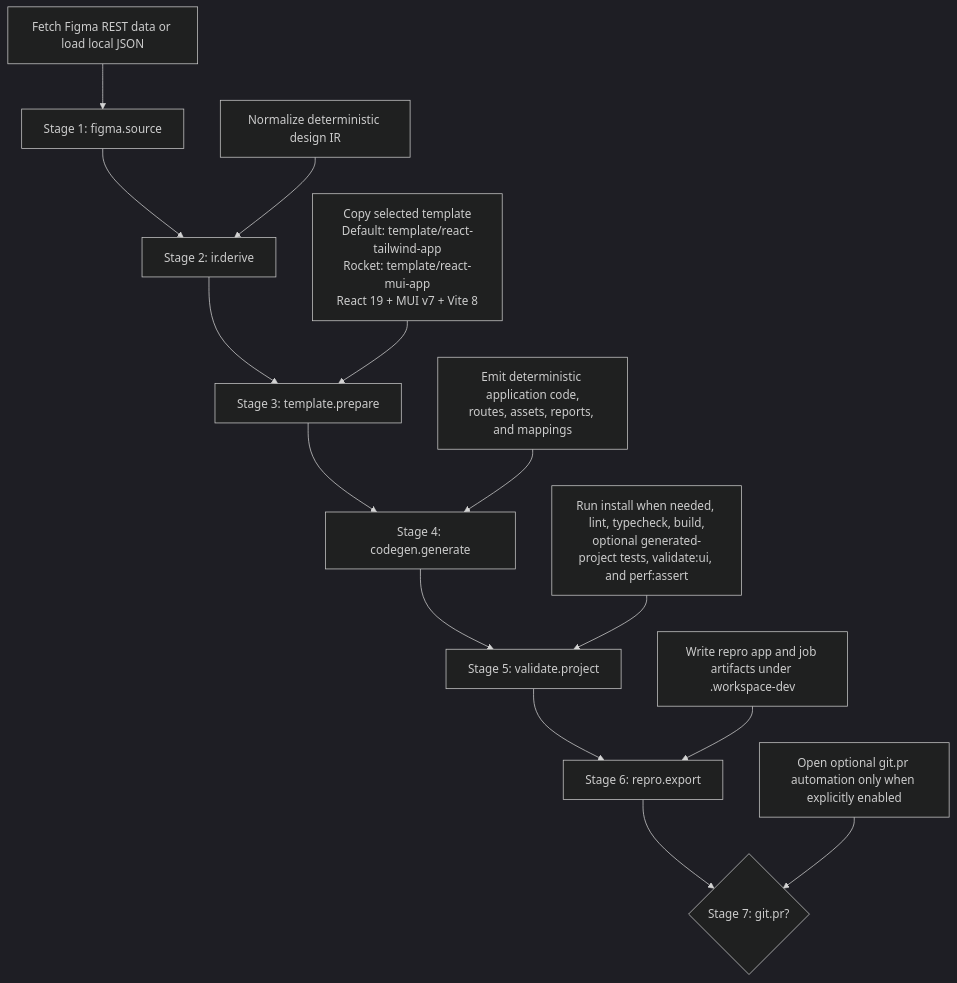
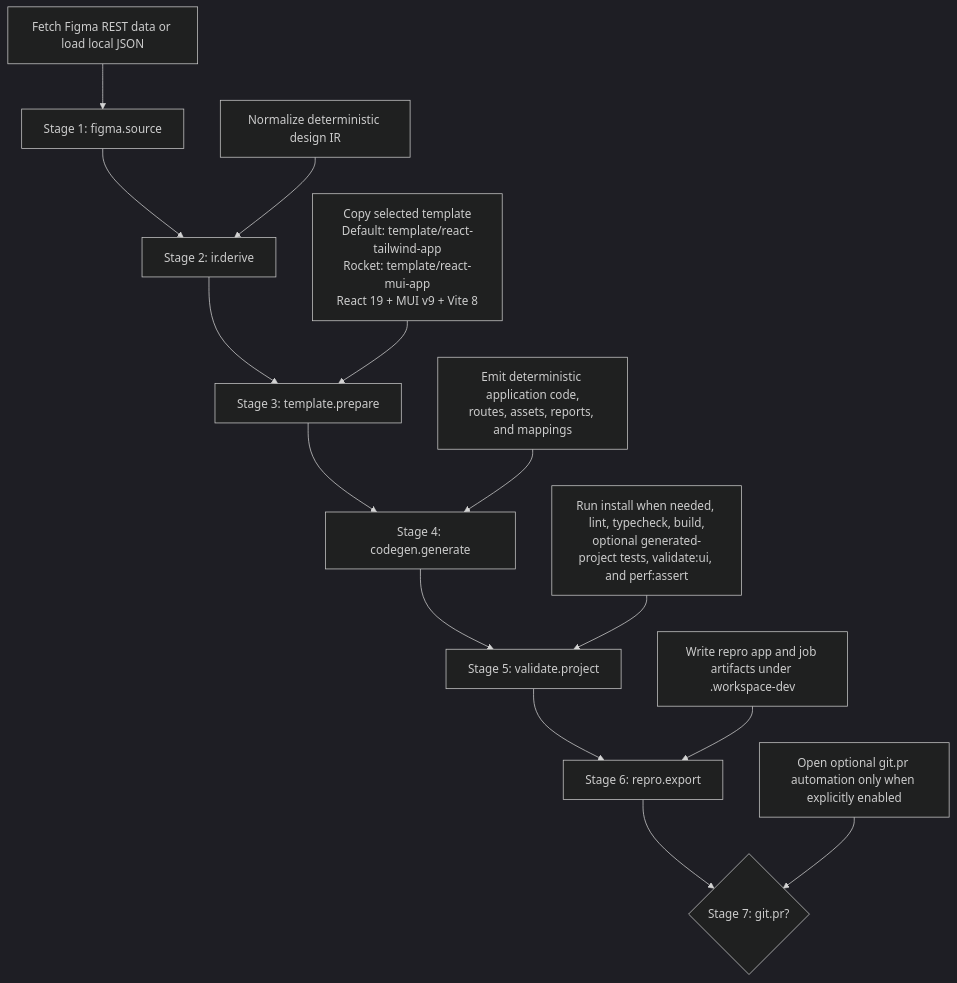
Before and after one commit to oscharko-dev/workspace-dev: the diagram in PIPELINE.md, drawn with Mermaid (dark theme). The commit also changed other lines of this file, not shown here.

Commit message:
fix: align pipeline template stack docs

````diff
--- a/PIPELINE.md
+++ b/PIPELINE.md
@@ -8,17 +8,17 @@
 ```mermaid
 flowchart TB
   S1["Stage 1: figma.source"] --> S2["Stage 2: ir.derive"]
   S2 --> S3["Stage 3: template.prepare"]
   S3 --> S4["Stage 4: codegen.generate"]
   S4 --> S5["Stage 5: validate.project"]
   S5 --> S6["Stage 6: repro.export"]
   S6 --> S7{"Stage 7: git.pr?"}
 
   Ingest["Fetch Figma REST data or load local JSON"] --> S1
   Derive["Normalize deterministic design IR"] --> S2
-  Copy["Copy selected template\nDefault: template/react-tailwind-app\nRocket: template/react-mui-app\nReact 19 + MUI v7 + Vite 8"] --> S3
+  Copy["Copy selected template\nDefault: template/react-tailwind-app\nRocket: template/react-mui-app\nReact 19 + MUI v9 + Vite 8"] --> S3
   Generate["Emit deterministic application code,\nroutes, assets, reports, and mappings"] --> S4
   Validate["Run install when needed, lint, typecheck, build,\noptional generated-project tests, validate:ui, and perf:assert"] --> S5
   Export["Write repro app and job artifacts under .workspace-dev"] --> S6
   GitPr["Open optional git.pr automation only when explicitly enabled"] --> S7
 ```
````
